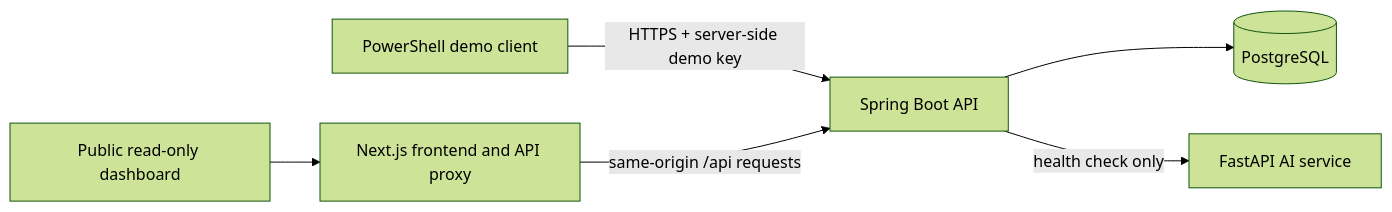
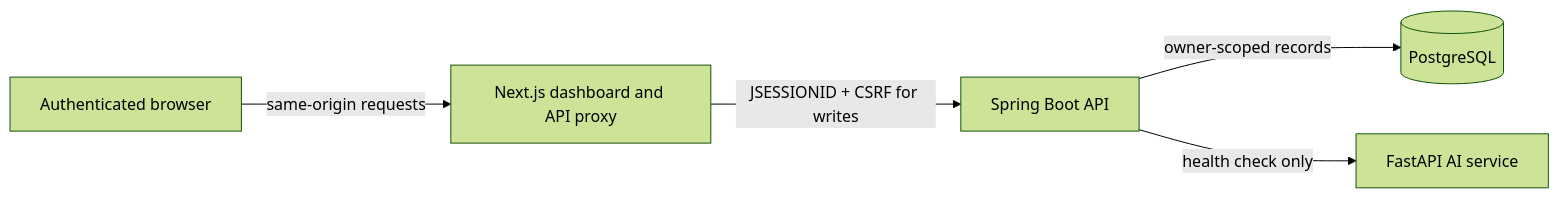
One commit to ChandanLabs/sentinelai-security-platform changed the diagram in 02_ARCHITECTURE.md. Above: the diagram before and after it, drawn with Mermaid (forest theme). The commit also changed other lines of this file and 53 other files, not shown here.

````diff
--- a/02_ARCHITECTURE.md
+++ b/02_ARCHITECTURE.md
@@ -5,8 +5,7 @@
 ```mermaid
 flowchart LR
-    Writer[PowerShell demo client] -->|HTTPS + server-side demo key| API[Spring Boot API]
-    Browser[Public read-only dashboard] --> Frontend[Next.js frontend and API proxy]
-    Frontend -->|same-origin /api requests| API
-    API --> DB[(PostgreSQL)]
+    Browser[Authenticated browser] -->|same-origin requests| Frontend[Next.js dashboard and API proxy]
+    Frontend -->|JSESSIONID + CSRF for writes| API[Spring Boot API]
+    API -->|owner-scoped records| DB[(PostgreSQL)]
     API -->|health check only| AI[FastAPI AI service]
 ```
````
